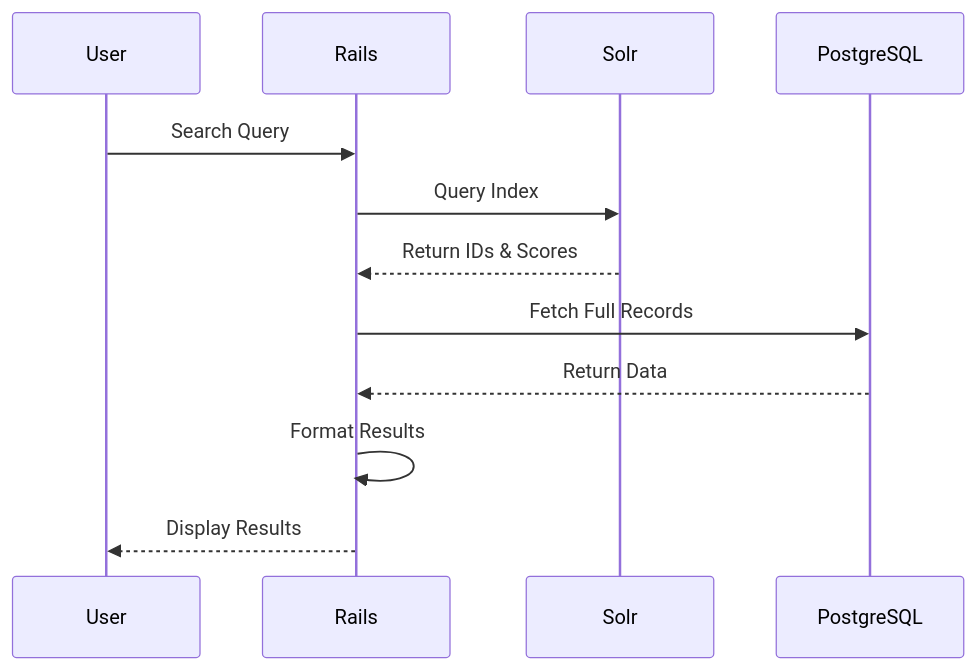
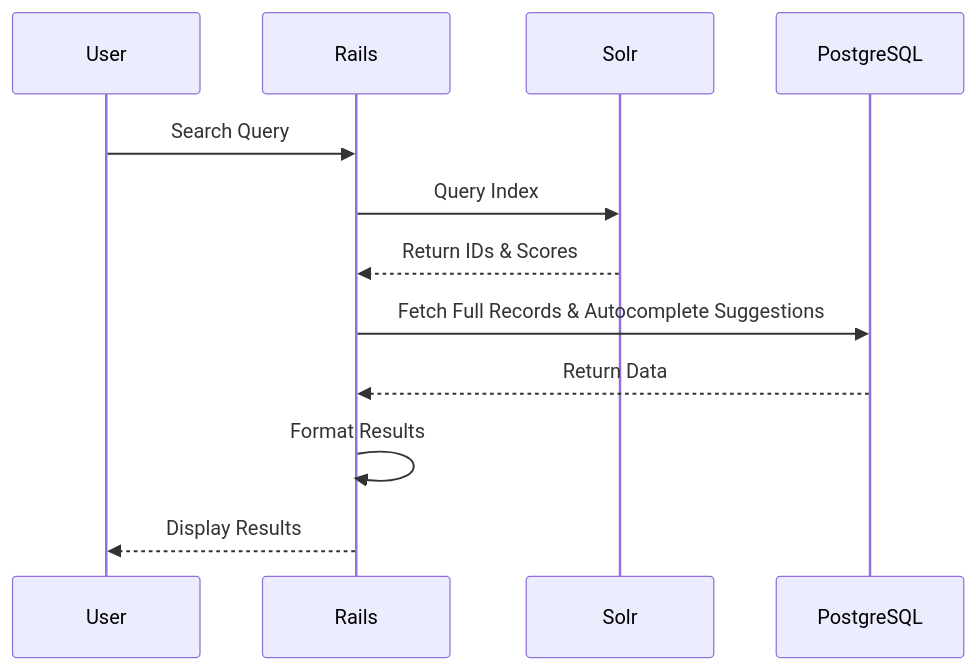
Before and after one commit to SciLifeLab-TrainingHub-Platform/TeSS: the fourth of 5 diagrams in docs/architecture-diagram.md, drawn with Mermaid. The commit also changed other lines of this file and 2 other files, not shown here.

First line of the commit message:
Clarify architecture docs with verified config references

````diff
--- a/docs/architecture-diagram.md
+++ b/docs/architecture-diagram.md
@@ -172,15 +203,15 @@
 ```mermaid
 sequenceDiagram
     participant User
     participant Rails
     participant Solr
     participant PostgreSQL
 
     User->>Rails: Search Query
     Rails->>Solr: Query Index
     Solr-->>Rails: Return IDs & Scores
-    Rails->>PostgreSQL: Fetch Full Records
+    Rails->>PostgreSQL: Fetch Full Records & Autocomplete Suggestions
     PostgreSQL-->>Rails: Return Data
     Rails->>Rails: Format Results
     Rails-->>User: Display Results
 ```
````
